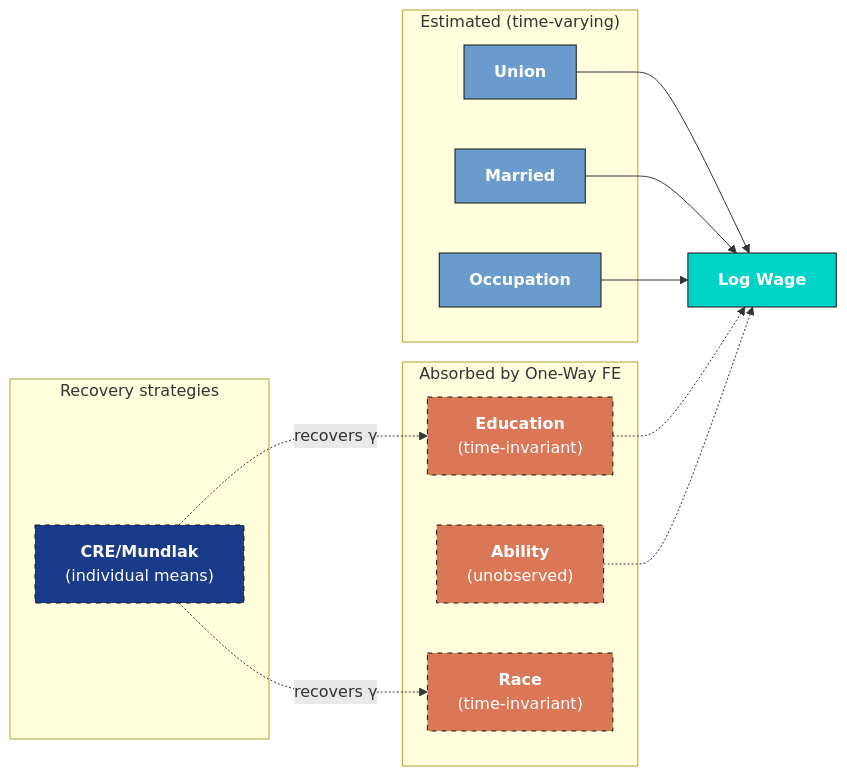
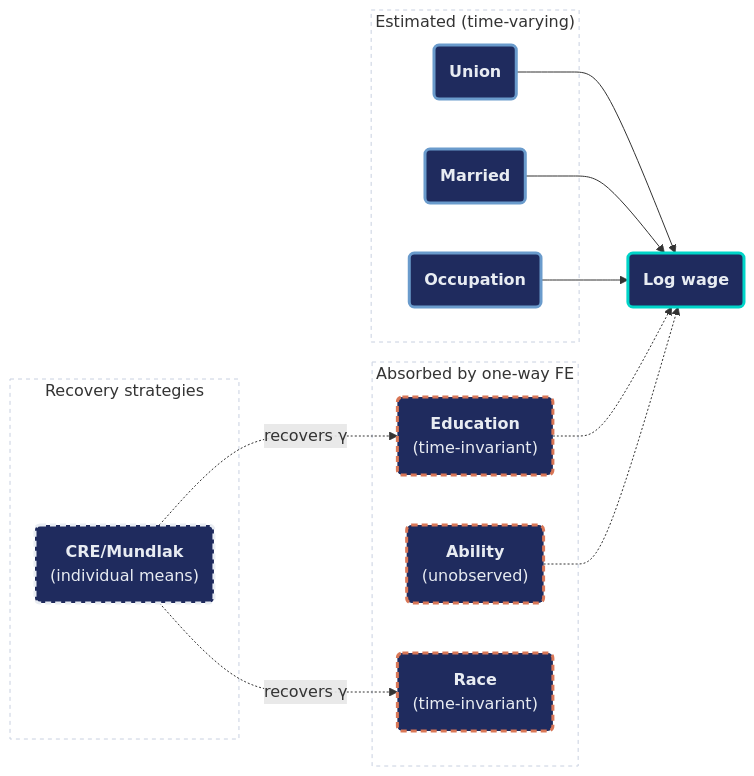
Before and after one commit to cmg777/starter-academic-v501: the second of 2 diagrams in content/post/python_pyfixest/references/tutorial.qmd, drawn with Mermaid. The commit also changed other lines of this file and 42 other files, not shown here.

First line of the commit message:
content(mermaid): restyle Mermaid copies in tutorial sources and the LaLonde slide deck

````diff
--- a/content/post/python_pyfixest/references/tutorial.qmd
+++ b/content/post/python_pyfixest/references/tutorial.qmd
@@ -911,31 +917,34 @@
 ```{mermaid}
 graph LR
-    subgraph "Absorbed by One-Way FE"
-        ED["<b>Education</b><br/>(time-invariant)"]
-        AB["<b>Ability</b><br/>(unobserved)"]
-        RC["<b>Race</b><br/>(time-invariant)"]
+    subgraph SG1["Absorbed by one-way FE"]
+        ED("<b>Education</b><br/>(time-invariant)")
+        AB("<b>Ability</b><br/>(unobserved)")
+        RC("<b>Race</b><br/>(time-invariant)")
     end
-    subgraph "Estimated (time-varying)"
-        UN["<b>Union</b>"]
-        MA["<b>Married</b>"]
-        OC["<b>Occupation</b>"]
+    subgraph SG2["Estimated (time-varying)"]
+        UN("<b>Union</b>")
+        MA("<b>Married</b>")
+        OC("<b>Occupation</b>")
     end
-    subgraph "Recovery strategies"
-        MK["<b>CRE/Mundlak</b><br/>(individual means)"]
+    subgraph SG3["Recovery strategies"]
+        MK("<b>CRE/Mundlak</b><br/>(individual means)")
     end
-    UN --> W["<b>Log Wage</b>"]
+    UN --> W("<b>Log wage</b>")
     MA --> W
     OC --> W
     ED -.-> W
     AB -.-> W
     MK -.->|"recovers γ"| ED
     MK -.->|"recovers γ"| RC
-    style ED fill:#d97757,stroke:#141413,color:#fff,stroke-dasharray: 5 5
-    style AB fill:#d97757,stroke:#141413,color:#fff,stroke-dasharray: 5 5
-    style RC fill:#d97757,stroke:#141413,color:#fff,stroke-dasharray: 5 5
-    style UN fill:#6a9bcc,stroke:#141413,color:#fff
-    style MA fill:#6a9bcc,stroke:#141413,color:#fff
-    style OC fill:#6a9bcc,stroke:#141413,color:#fff
-    style W fill:#00d4c8,stroke:#141413,color:#fff
-    style MK fill:#1a3a8a,stroke:#141413,color:#fff,stroke-dasharray: 5 5
+    style SG1 fill:none,stroke:#c8d0e0,stroke-width:1px,stroke-dasharray:4 4
+    style SG2 fill:none,stroke:#c8d0e0,stroke-width:1px,stroke-dasharray:4 4
+    style SG3 fill:none,stroke:#c8d0e0,stroke-width:1px,stroke-dasharray:4 4
+    classDef orange_dash fill:#1f2b5e,stroke:#d97757,stroke-width:3px,color:#e8ecf2,stroke-dasharray:6 4
+    classDef blue fill:#1f2b5e,stroke:#6a9bcc,stroke-width:3px,color:#e8ecf2
+    classDef key_dash fill:#1f2b5e,stroke:#e8ecf2,stroke-width:3px,color:#e8ecf2,stroke-dasharray:6 4
+    classDef teal fill:#1f2b5e,stroke:#00d4c8,stroke-width:3px,color:#e8ecf2
+    class ED,AB,RC orange_dash
+    class UN,MA,OC blue
+    class MK key_dash
+    class W teal
 ```
````
